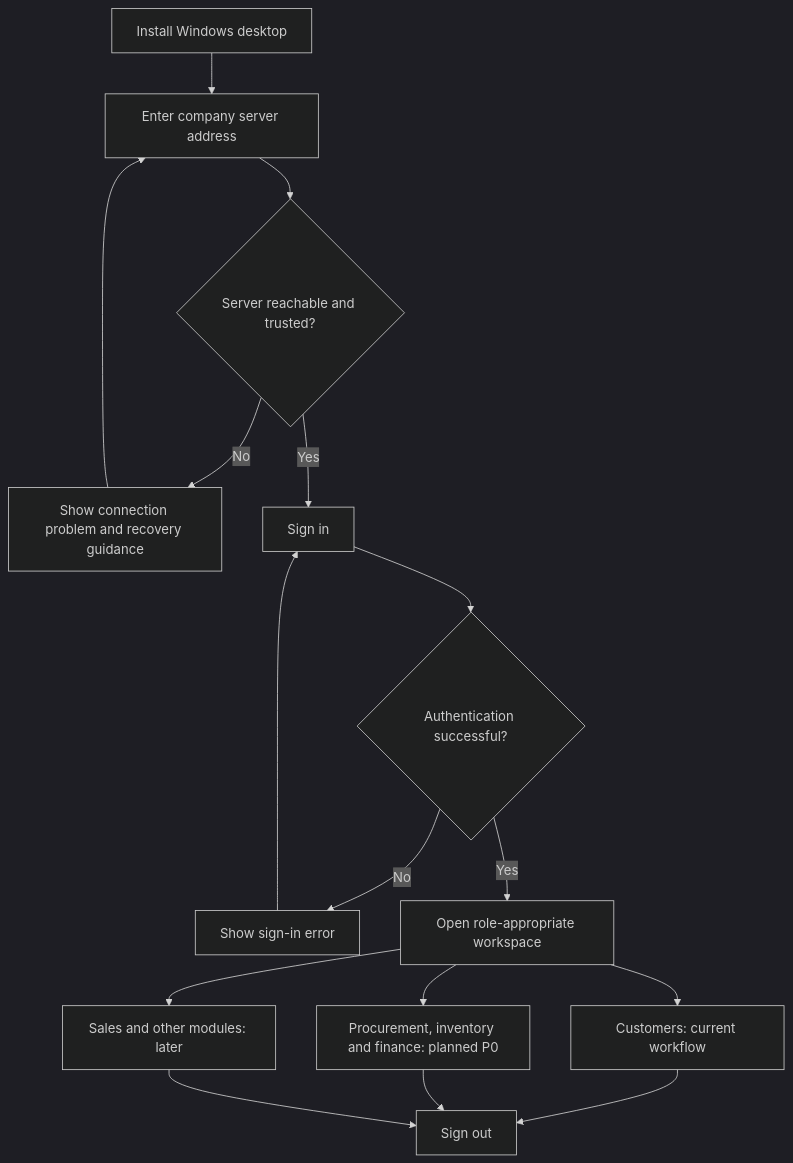
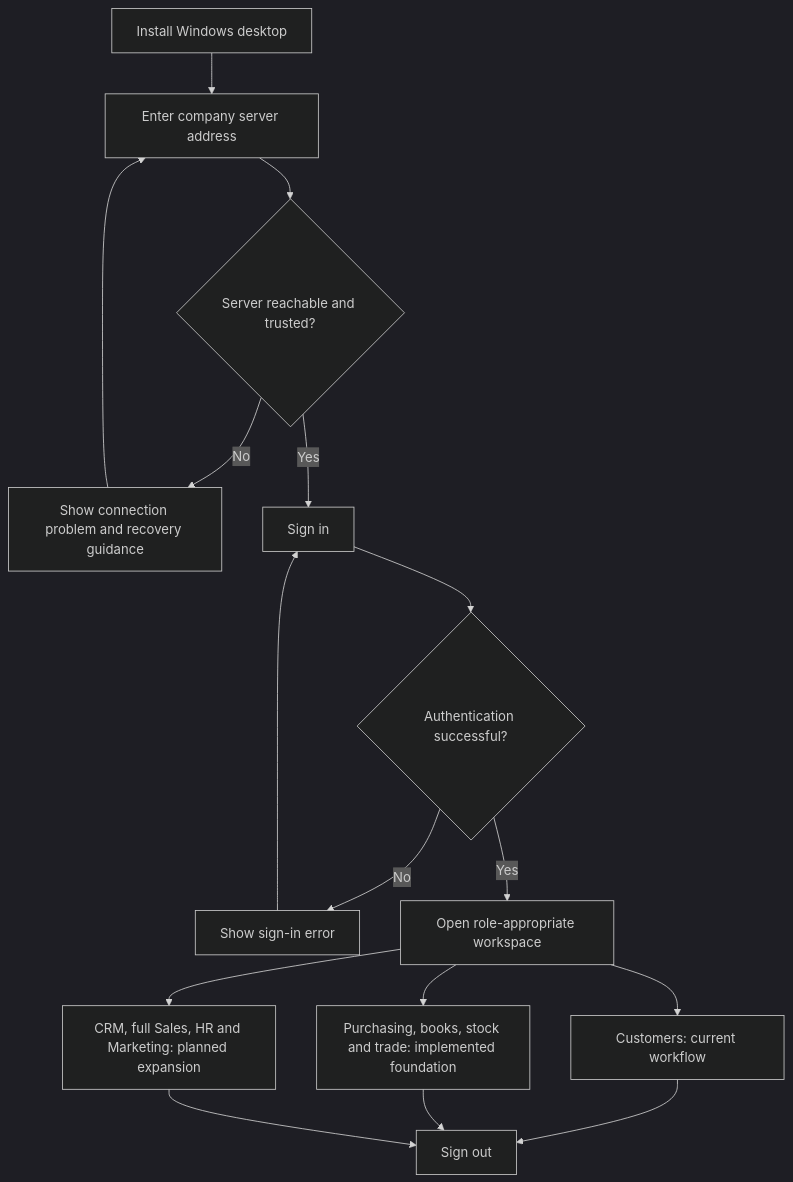
One commit to erpincubation-commits/Project_X changed the first of 3 diagrams in docs/SMB_ERP_APP_FLOW.md. Above: the diagram before and after it, drawn with Mermaid (dark theme). The commit also changed other lines of this file and 32 other files, not shown here.

````diff
--- a/docs/SMB_ERP_APP_FLOW.md
+++ b/docs/SMB_ERP_APP_FLOW.md
@@ -14,18 +14,18 @@
 ```mermaid
 flowchart TD
     A[Install Windows desktop] --> B[Enter company server address]
     B --> C{Server reachable and trusted?}
     C -- No --> D[Show connection problem and recovery guidance]
     D --> B
     C -- Yes --> E[Sign in]
     E --> F{Authentication successful?}
     F -- No --> G[Show sign-in error]
     G --> E
     F -- Yes --> H[Open role-appropriate workspace]
     H --> I[Customers: current workflow]
-    H --> J[Procurement, inventory and finance: planned P0]
-    H --> K[Sales and other modules: later]
+    H --> J[Purchasing, books, stock and trade: implemented foundation]
+    H --> K[CRM, full Sales, HR and Marketing: planned expansion]
     I --> L[Sign out]
     J --> L
     K --> L
 ```
````
